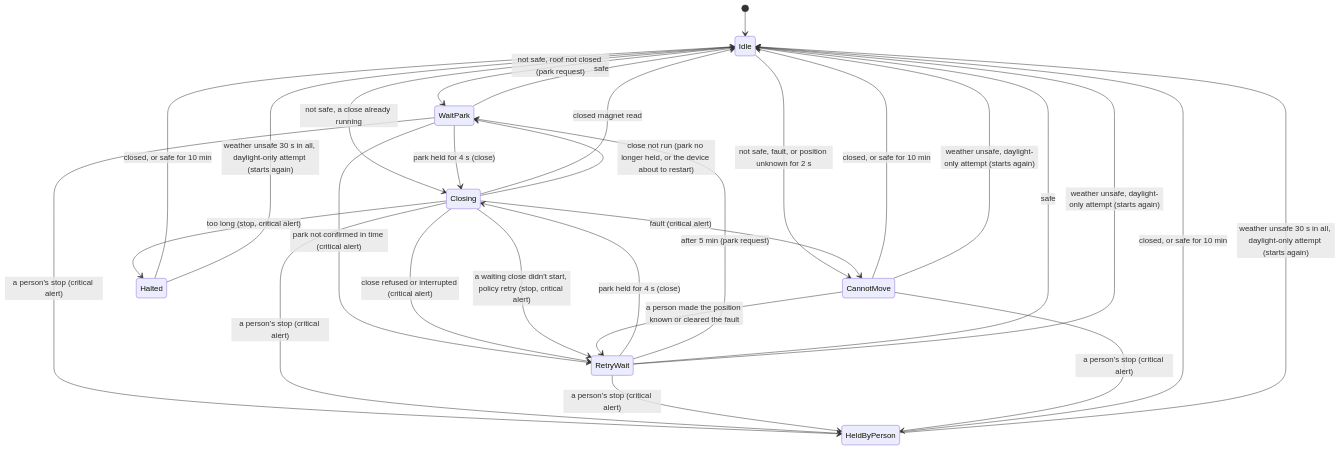
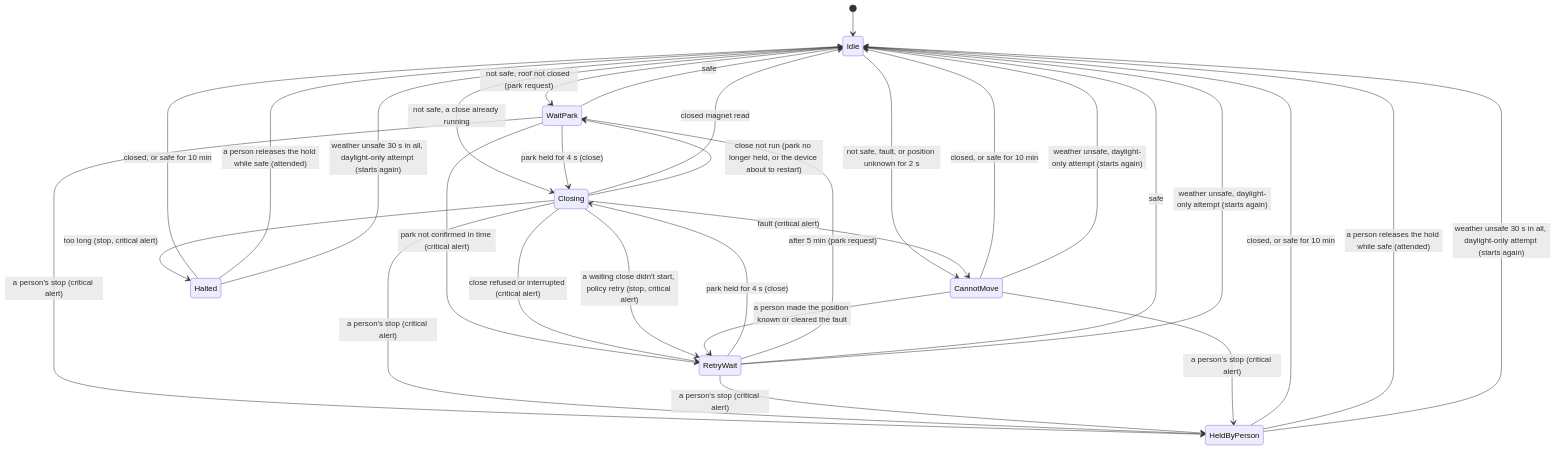
The diagram in docs/user-guide/close-on-unsafe.md (DeanJ87/RoofRoof), drawn with Mermaid before and after one commit. The commit also changed other lines of this file and 31 other files, not shown here.

Commit message:
026: release the automatic close's hold (attended, only while safe), and its countdown in the status

````diff
--- a/docs/user-guide/close-on-unsafe.md
+++ b/docs/user-guide/close-on-unsafe.md
@@ -34,33 +34,35 @@
 ```mermaid
 stateDiagram-v2
     accTitle: The close on unsafe weather
-    accDescr: From idle, an unsafe verdict with the roof not closed starts an attempt that asks N.I.N.A. to park (unless park requests are off: then it only waits for the park); a roof already closing is only watched. When the park has held for 4 s the roof is closed. Reaching the closed magnet ends the sequence. A park not confirmed in time, a refused, interrupted or too-long close leads to a five-minute wait, during which a confirmed park still closes the roof, then a new attempt. A fault, or a position unknown for 2 s, stands the sequence down until a person acts. A close that outlasts its guard is stopped and the sequence halts. A person's stop (also while it can't move) stands it down; halted and stood-down sequences end when the roof is closed or it has been safe for 10 minutes. A safe verdict before the close ends the sequence; a close already commanded runs to the end. With the daylight close on, "not safe" also means the sun is up and "safe" means neither; when the weather turns unsafe after a daylight-only attempt, a waiting or can't-move sequence starts again at once, a halted one or one a person stood down after 30 s of unsafe weather in all. The times are the defaults of settings; with "Close didn't start" set to try again, a waiting close that doesn't start in time is called off and leads to the wait instead of the halt.
+    accDescr: From idle, an unsafe verdict with the roof not closed starts an attempt that asks N.I.N.A. to park (unless park requests are off: then it only waits for the park); a roof already closing is only watched. When the park has held for 4 s the roof is closed. Reaching the closed magnet ends the sequence. A park not confirmed in time, a refused, interrupted or too-long close leads to a five-minute wait, during which a confirmed park still closes the roof, then a new attempt. A fault, or a position unknown for 2 s, stands the sequence down until a person acts. A close that outlasts its guard is stopped and the sequence halts. A person's stop (also while it can't move) stands it down; halted and stood-down sequences end when the roof is closed or it has been safe for 10 minutes, or earlier when a person at the roof releases the hold while it is safe. A safe verdict before the close ends the sequence; a close already commanded runs to the end. With the daylight close on, "not safe" also means the sun is up and "safe" means neither; when the weather turns unsafe after a daylight-only attempt, a waiting or can't-move sequence starts again at once, a halted one or one a person stood down after 30 s of unsafe weather in all. The times are the defaults of settings; with "Close didn't start" set to try again, a waiting close that doesn't start in time is called off and leads to the wait instead of the halt.
     [*] --> Idle
     Idle --> WaitPark: not safe, roof not closed (park request)
     Idle --> Closing: not safe, a close already running
     Idle --> CannotMove: not safe, fault, or position unknown for 2 s
     WaitPark --> Closing: park held for 4 s (close)
     WaitPark --> RetryWait: park not confirmed in time (critical alert)
     WaitPark --> Idle: safe
     RetryWait --> Closing: park held for 4 s (close)
     RetryWait --> WaitPark: after 5 min (park request)
     RetryWait --> Idle: safe
     Closing --> Idle: closed magnet read
     Closing --> RetryWait: close refused or interrupted (critical alert)
     Closing --> WaitPark: close not run (park no longer held, or the device about to restart)
     Closing --> Halted: too long (stop, critical alert)
     Closing --> RetryWait: a waiting close didn't start, policy retry (stop, critical alert)
     Closing --> CannotMove: fault (critical alert)
     WaitPark --> HeldByPerson: a person's stop (critical alert)
     Closing --> HeldByPerson: a person's stop (critical alert)
     RetryWait --> HeldByPerson: a person's stop (critical alert)
     CannotMove --> RetryWait: a person made the position known or cleared the fault
     CannotMove --> HeldByPerson: a person's stop (critical alert)
     CannotMove --> Idle: closed, or safe for 10 min
     HeldByPerson --> Idle: closed, or safe for 10 min
     Halted --> Idle: closed, or safe for 10 min
+    HeldByPerson --> Idle: a person releases the hold while safe (attended)
+    Halted --> Idle: a person releases the hold while safe (attended)
     HeldByPerson --> Idle: weather unsafe 30 s in all, daylight-only attempt (starts again)
     Halted --> Idle: weather unsafe 30 s in all, daylight-only attempt (starts again)
     RetryWait --> Idle: weather unsafe, daylight-only attempt (starts again)
     CannotMove --> Idle: weather unsafe, daylight-only attempt (starts again)
 ```
````
